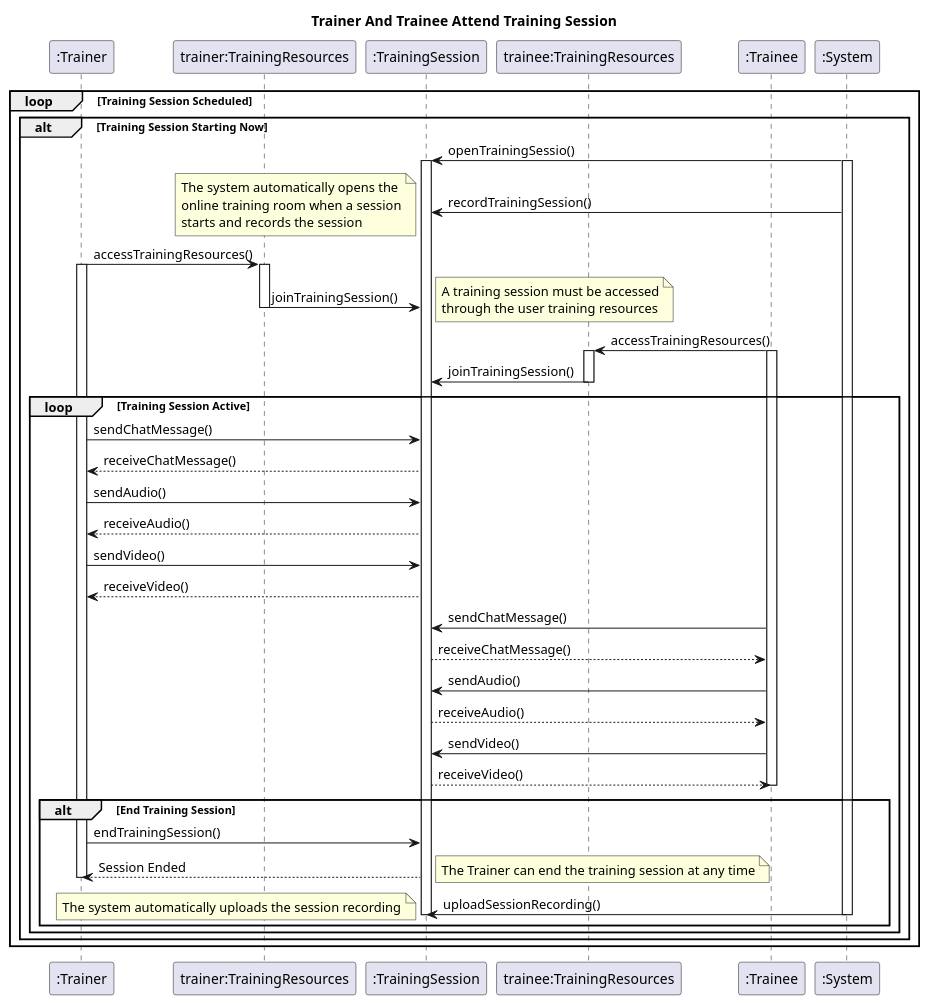
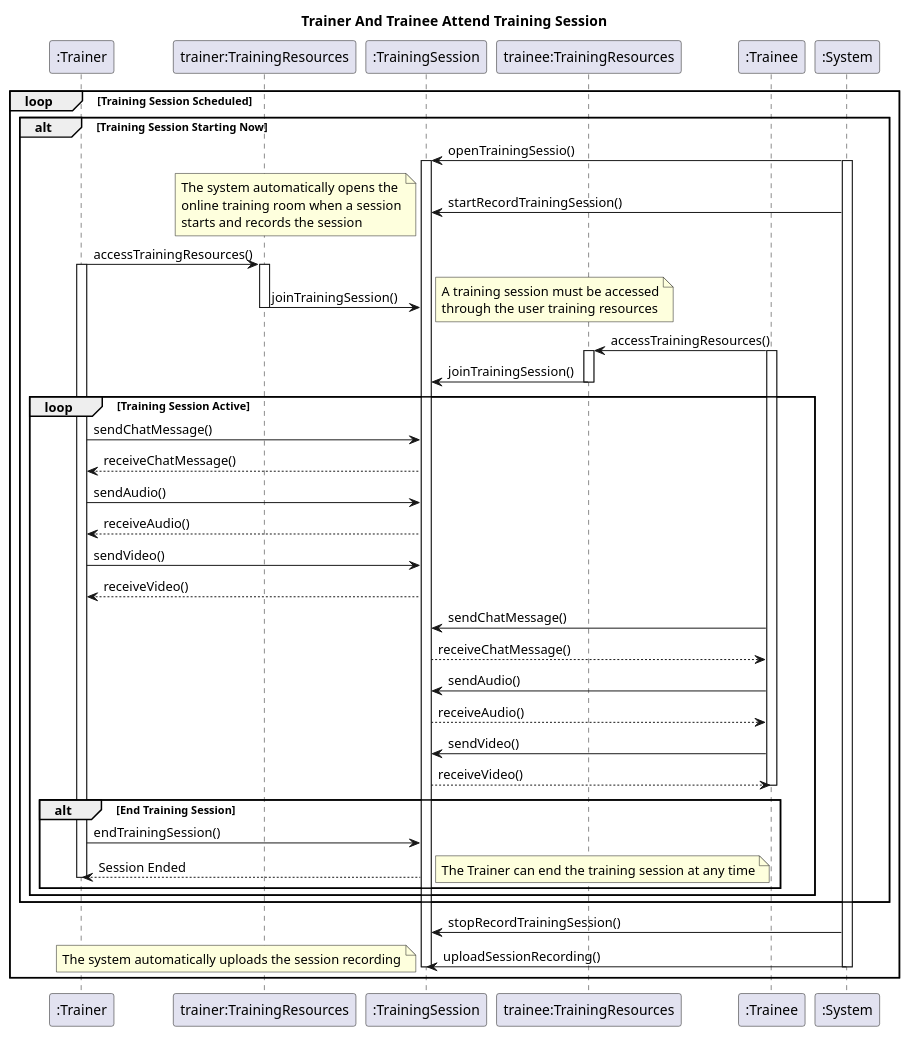
The diagram in trainerAndTrainee.plantuml (lukegasbarro/SEF_Group67), drawn with PlantUML before and after one commit.

Commit message:
Update trainerAndTrainee diagram

```diff
--- a/trainerAndTrainee.plantuml
+++ b/trainerAndTrainee.plantuml
@@ -1,70 +1,72 @@
 @startuml
 title "Trainer And Trainee Attend Training Session"
 
 participant ":Trainer" as trainer
 participant "trainer:TrainingResources" as trainerResources
 participant ":TrainingSession" as trainingSession
 participant "trainee:TrainingResources" as traineeResources
 participant ":Trainee" as trainee
 participant ":System" as system
 
 loop Training Session Scheduled
     alt Training Session Starting Now
         ' open room
         system -> trainingSession : openTrainingSessio()
         activate system
         activate trainingSession
-        system -> trainingSession : recordTrainingSession()
+        system -> trainingSession : startRecordTrainingSession()
         note left: The system automatically opens the\nonline training room when a session\nstarts and records the session
         ' access resources
         trainer -> trainerResources : accessTrainingResources()
         activate trainer
         activate trainerResources
         ' join session
         trainerResources -> trainingSession : joinTrainingSession()
         deactivate trainerResources
         note right: A training session must be accessed\nthrough the user training resources
         trainee -> traineeResources : accessTrainingResources()
         activate trainee
         activate traineeResources
         traineeResources -> trainingSession : joinTrainingSession()
         deactivate traineeResources
         
         ' trainer session
         loop Training Session Active
             trainer -> trainingSession : sendChatMessage()
             trainingSession --> trainer : receiveChatMessage()
             trainer -> trainingSession : sendAudio()
             trainingSession --> trainer : receiveAudio()
             trainer -> trainingSession : sendVideo()
             trainingSession --> trainer : receiveVideo()
         ' end
                 
         ' trainee session
         ' loop Training Session Active
             trainee -> trainingSession : sendChatMessage()
             trainingSession --> trainee : receiveChatMessage()
             trainee -> trainingSession : sendAudio()
             trainingSession --> trainee : receiveAudio()
             trainee -> trainingSession : sendVideo()
             trainingSession --> trainee : receiveVideo()
             deactivate trainee
 
             ' end training session
             alt End Training Session
                 trainer -> trainingSession : endTrainingSession()
                 trainingSession --> trainer : Session Ended
                 deactivate trainer
                 note right: The Trainer can end the training session at any time
 
-                ' upload recording
-                system -> trainingSession : uploadSessionRecording()
-                note left: The system automatically uploads the session recording
-                deactivate system
-                deactivate trainingSession
             end
         end
     end
+
+    ' upload recording
+    system -> trainingSession : stopRecordTrainingSession()
+    system -> trainingSession : uploadSessionRecording()
+    note left: The system automatically uploads the session recording
+    deactivate system
+    deactivate trainingSession
 end
 
 @enduml
```
